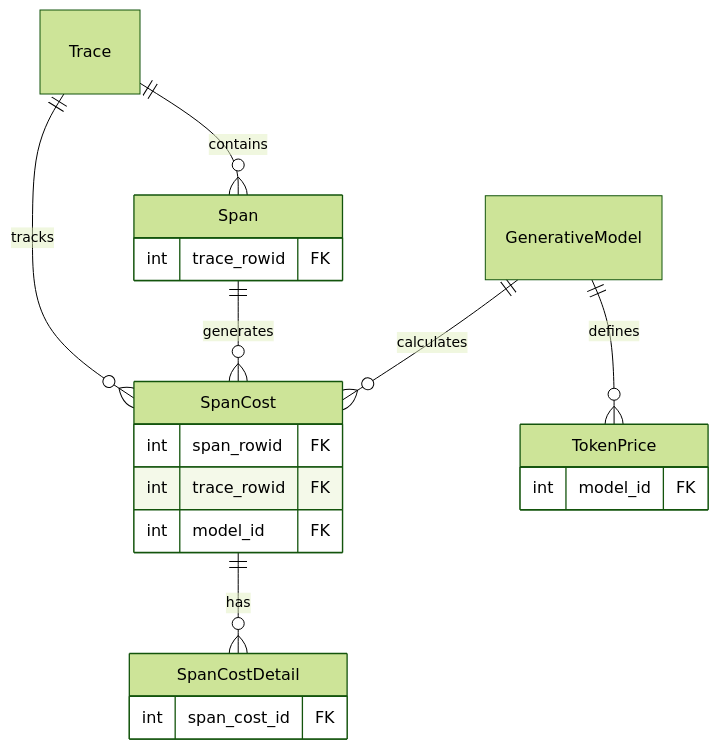
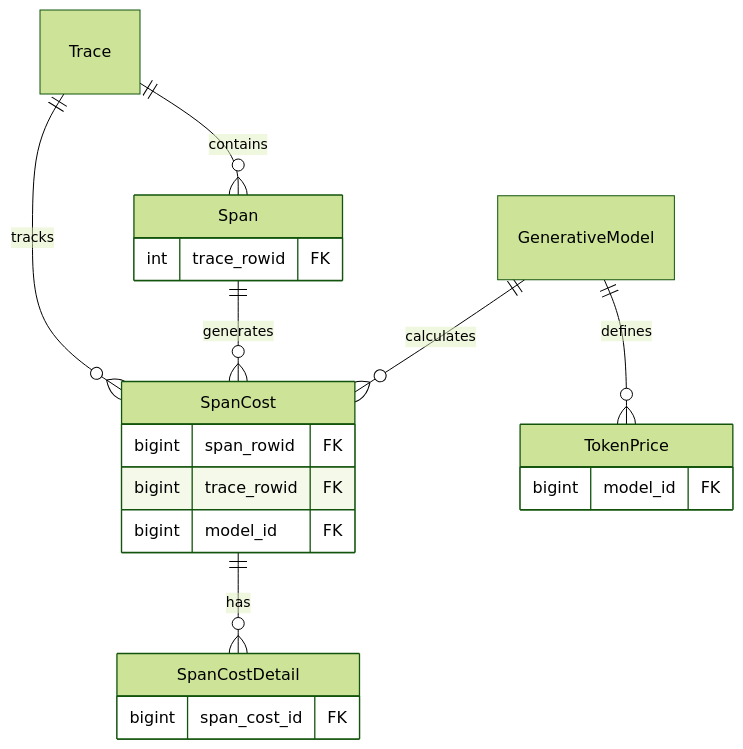
Before and after one commit to Arize-ai/phoenix: the eighth of 9 diagrams in src/phoenix/db/README.md, drawn with Mermaid (forest theme). The commit also changed other lines of this file, not shown here.

Commit message:
update ERD

````diff
--- a/src/phoenix/db/README.md
+++ b/src/phoenix/db/README.md
@@ -847,32 +858,32 @@
 ```mermaid
 erDiagram
     Trace ||--o{ Span : contains
     Trace ||--o{ SpanCost : tracks
     Trace {
     }
 
     Span ||--o{ SpanCost : generates
     Span {
         int trace_rowid FK
     }
 
     GenerativeModel ||--o{ TokenPrice : defines
     GenerativeModel ||--o{ SpanCost : calculates
     GenerativeModel {
     }
 
     TokenPrice {
-        int model_id FK
+        bigint model_id FK
     }
 
     SpanCost ||--o{ SpanCostDetail : has
     SpanCost {
-        int span_rowid FK
-        int trace_rowid FK
-        int model_id FK
+        bigint span_rowid FK
+        bigint trace_rowid FK
+        bigint model_id FK
     }
 
     SpanCostDetail {
-        int span_cost_id FK
+        bigint span_cost_id FK
     }
 ```
````
